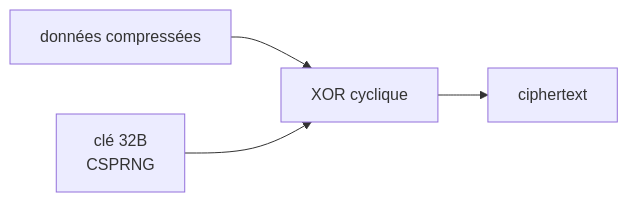
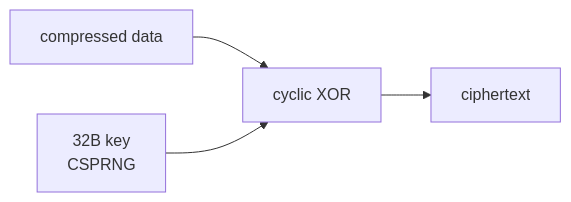
The fifth of 18 diagrams in packer/DOCUMENTATION.md (Xor290/C2-XOR), drawn with Mermaid before and after one commit. The commit also changed other lines of this file, not shown here.

````diff
--- a/packer/DOCUMENTATION.md
+++ b/packer/DOCUMENTATION.md
@@ -88,6 +92,6 @@
 ```mermaid
 flowchart LR
-    A[données compressées] --> C[XOR cyclique]
-    B[clé 32B\nCSPRNG] --> C
+    A[compressed data] --> C[cyclic XOR]
+    B[32B key\nCSPRNG] --> C
     C --> D[ciphertext]
 ```
````
